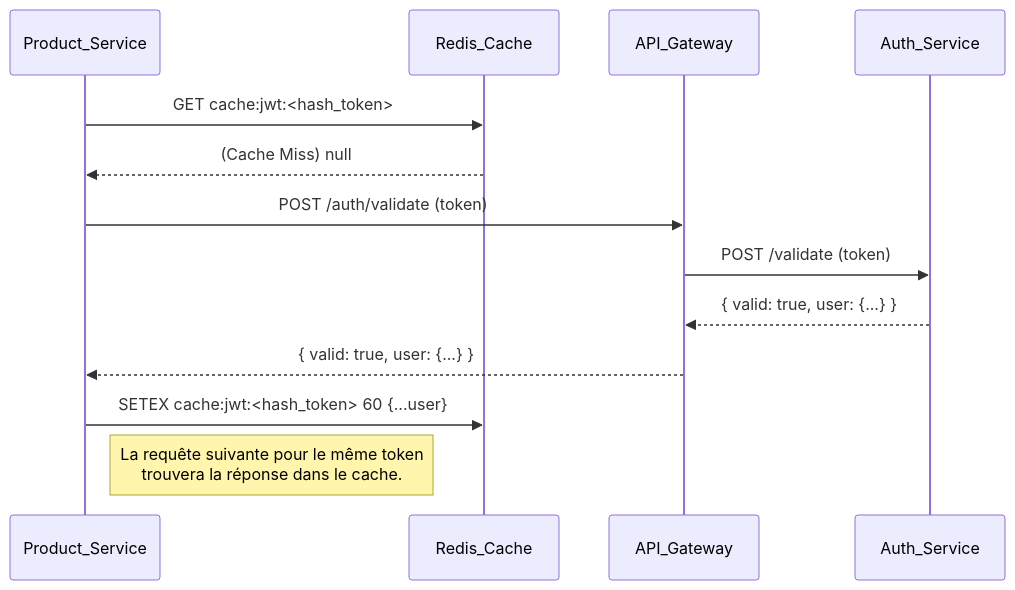
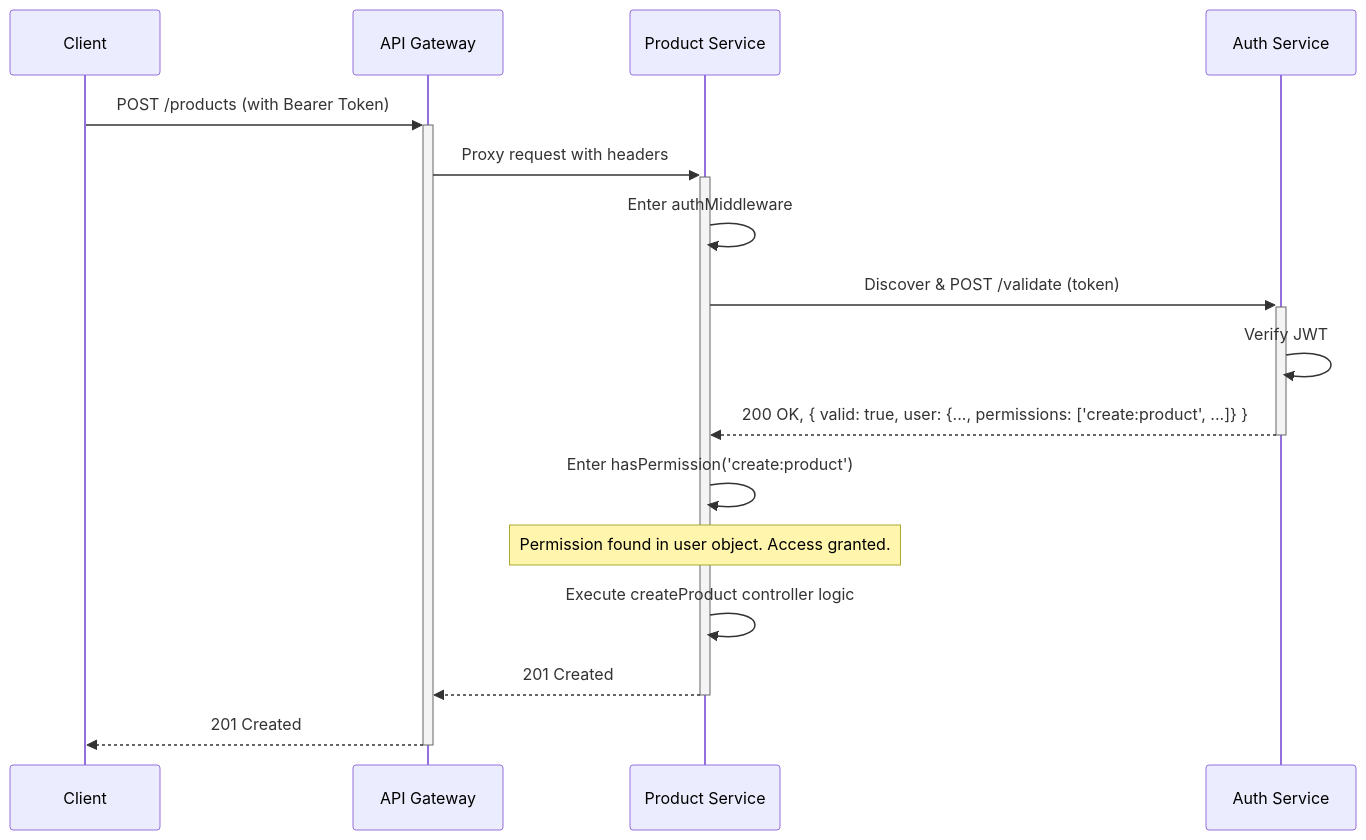
The sixth of 10 diagrams in MVP.md (HarcheSamir/esisba-lirmm-ecommerce), drawn with Mermaid before and after one commit. The commit also changed other lines of this file, not shown here.

````diff
--- a/MVP.md
+++ b/MVP.md
@@ -485,16 +465,19 @@
 ```mermaid
 sequenceDiagram
-    participant Product_Service
-    participant Redis_Cache
-    participant API_Gateway
-    participant Auth_Service
-    
-    Product_Service->>Redis_Cache: GET cache:jwt:<hash_token>
-    Redis_Cache-->>Product_Service: (Cache Miss) null
-    Product_Service->>API_Gateway: POST /auth/validate (token)
-    API_Gateway->>Auth_Service: POST /validate (token)
-    Auth_Service-->>API_Gateway: { valid: true, user: {...} }
-    API_Gateway-->>Product_Service: { valid: true, user: {...} }
-    Product_Service->>Redis_Cache: SETEX cache:jwt:<hash_token> 60 {...user}
-    note right of Product_Service: La requête suivante pour le même token<br/>trouvera la réponse dans le cache.
+    participant Client
+    participant APIGW as API Gateway
+    participant ProductSvc as Product Service
+    participant AuthSvc as Auth Service
+
+    Client->>+APIGW: POST /products (with Bearer Token)
+    APIGW->>+ProductSvc: Proxy request with headers
+    ProductSvc->>ProductSvc: Enter authMiddleware
+    ProductSvc->>+AuthSvc: Discover & POST /validate (token)
+    AuthSvc->>AuthSvc: Verify JWT
+    AuthSvc-->>-ProductSvc: 200 OK, { valid: true, user: {..., permissions: ['create:product', ...]} }
+    ProductSvc->>ProductSvc: Enter hasPermission('create:product')
+    Note over ProductSvc: Permission found in user object. Access granted.
+    ProductSvc->>ProductSvc: Execute createProduct controller logic
+    ProductSvc-->>-APIGW: 201 Created
+    APIGW-->>-Client: 201 Created
 ```
````
